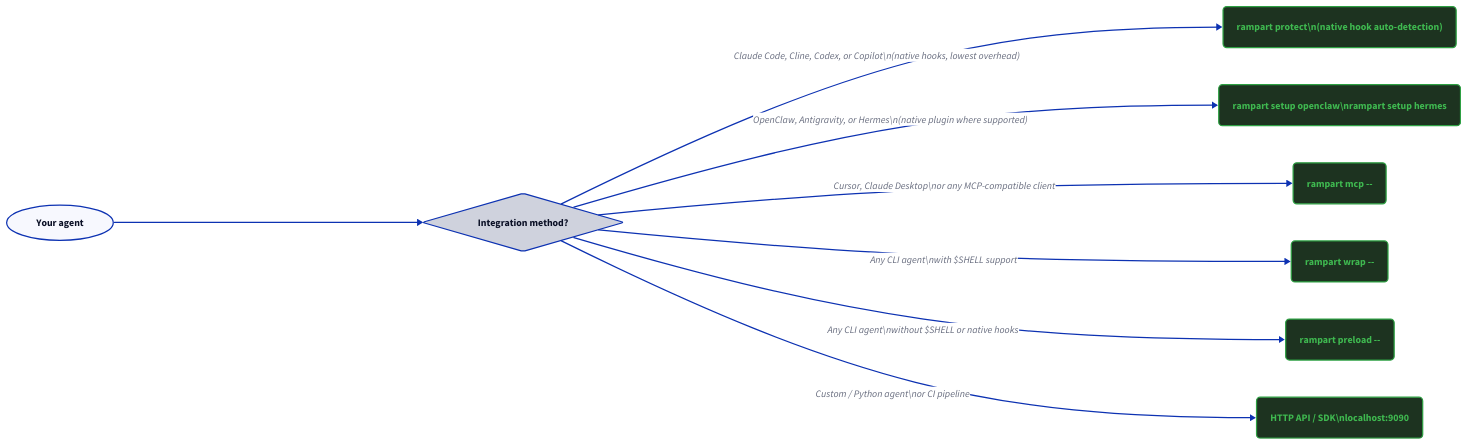
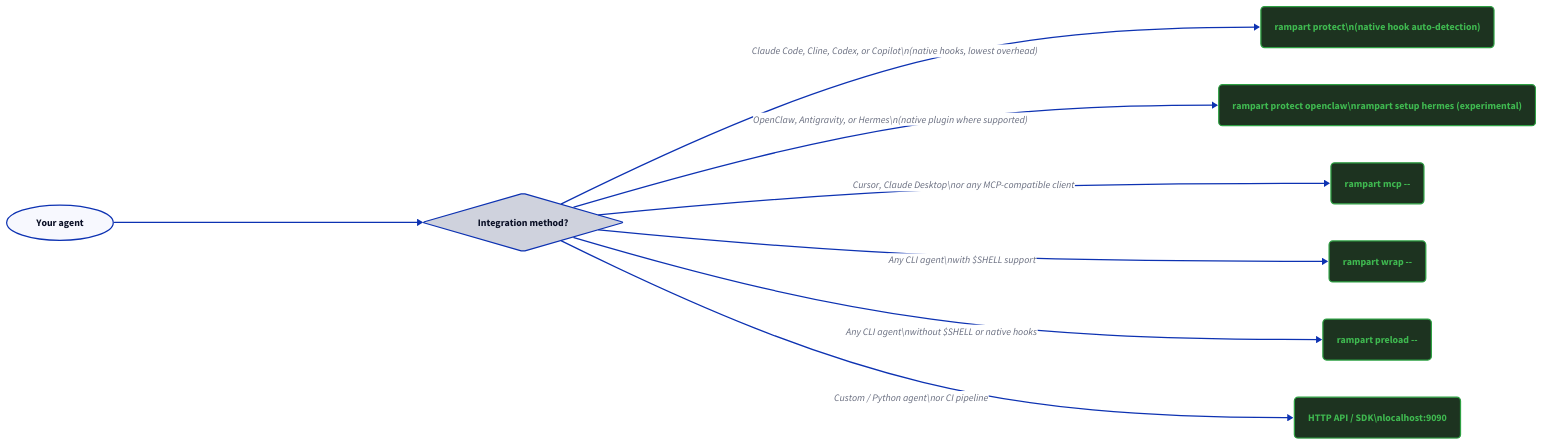
The diagram in docs-site/integrations/index.md (peg/rampart), drawn with D2 before and after one commit. The commit also changed other lines of this file and 292 other files, not shown here.

````diff
--- a/docs-site/integrations/index.md
+++ b/docs-site/integrations/index.md
@@ -67,35 +67,35 @@
 ```d2
 direction: right
 
 start: "Your agent" {shape: oval}
 
 q: "Integration method?" {shape: diamond}
 
 hooks: "rampart protect\\n(native hook auto-detection)" {
   style.fill: "#1d3320"; style.stroke: "#2ea043"; style.font-color: "#3fb950"; style.border-radius: 6
 }
-shim: "rampart setup openclaw\\nrampart setup hermes" {
+shim: "rampart protect openclaw\\nrampart setup hermes (experimental)" {
   style.fill: "#1d3320"; style.stroke: "#2ea043"; style.font-color: "#3fb950"; style.border-radius: 6
 }
 mcp: "rampart mcp --" {
   style.fill: "#1d3320"; style.stroke: "#2ea043"; style.font-color: "#3fb950"; style.border-radius: 6
 }
 wrap: "rampart wrap --" {
   style.fill: "#1d3320"; style.stroke: "#2ea043"; style.font-color: "#3fb950"; style.border-radius: 6
 }
 preload: "rampart preload --" {
   style.fill: "#1d3320"; style.stroke: "#2ea043"; style.font-color: "#3fb950"; style.border-radius: 6
 }
 api: "HTTP API / SDK\\nlocalhost:9090" {
   style.fill: "#1d3320"; style.stroke: "#2ea043"; style.font-color: "#3fb950"; style.border-radius: 6
 }
 
 start -> q
 
 q -> hooks: "Claude Code, Cline, Codex, or Copilot\\n(native hooks, lowest overhead)"
 q -> shim: "OpenClaw, Antigravity, or Hermes\\n(native plugin where supported)"
 q -> mcp: "Cursor, Claude Desktop\\nor any MCP-compatible client"
 q -> wrap: "Any CLI agent\\nwith \$SHELL support"
 q -> preload: "Any CLI agent\\nwithout \$SHELL or native hooks"
 q -> api: "Custom / Python agent\\nor CI pipeline"
 ```
````
